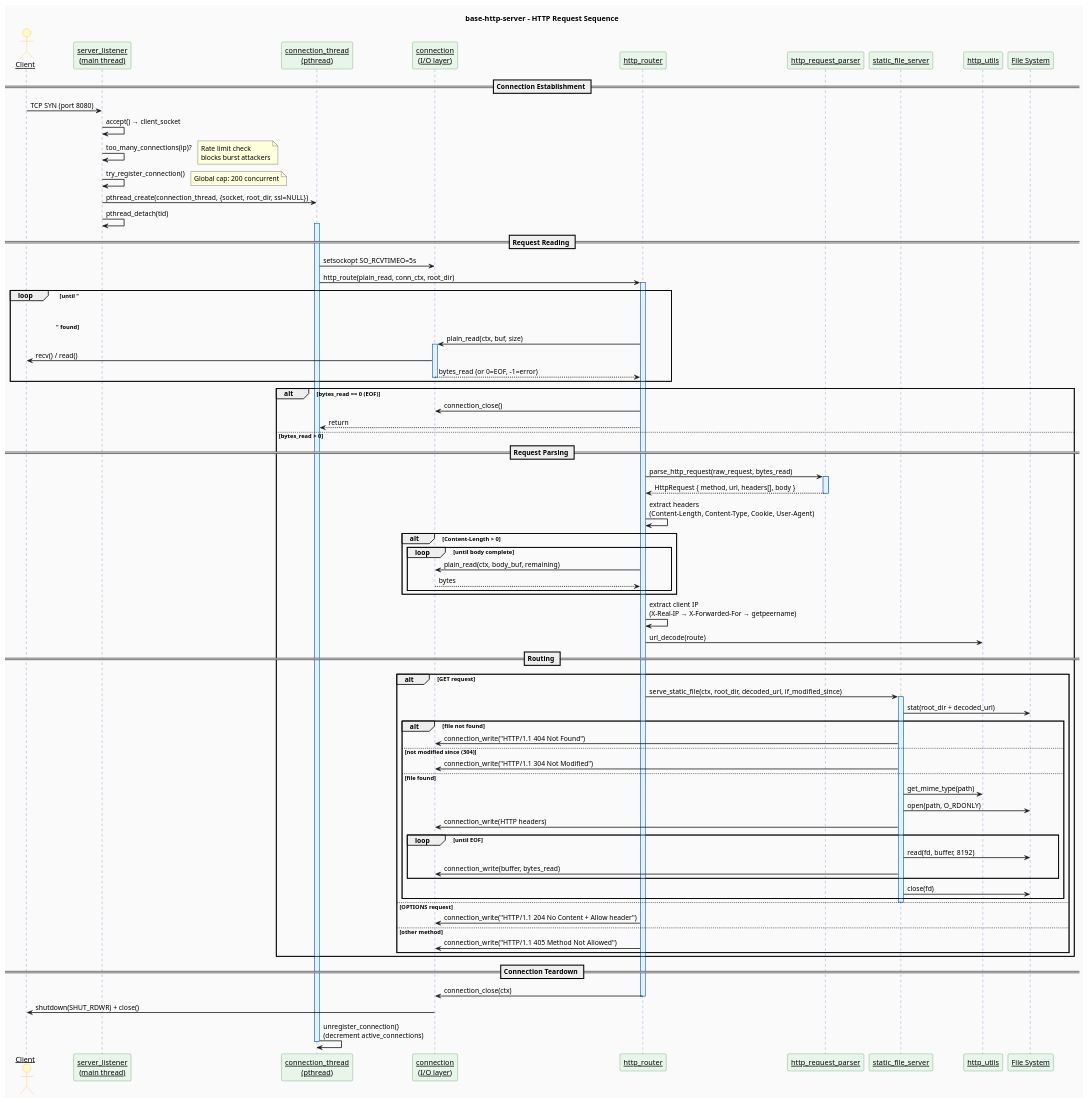
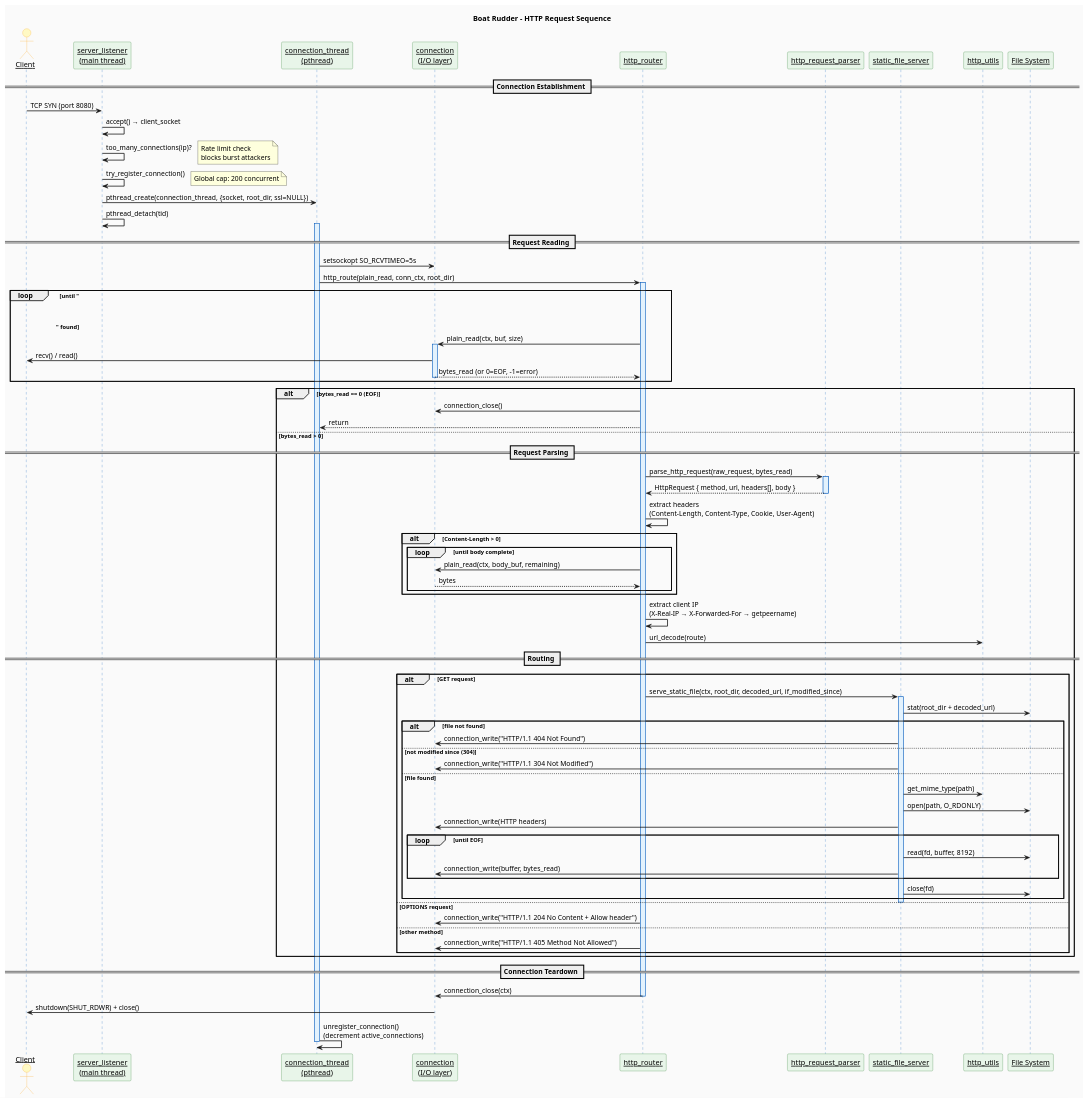
One commit to jpablotoledom/boat-rudder changed the diagram in develop_docs/diagrams/sequence-http.puml. Above: the diagram before and after it, drawn with PlantUML. The commit also changed 109 other files, not shown here.

```diff
--- a/develop_docs/diagrams/sequence-http.puml
+++ b/develop_docs/diagrams/sequence-http.puml
@@ -1,122 +1,122 @@
 @startuml sequence-http
 
-title base-http-server - HTTP Request Sequence
+title Boat Rudder - HTTP Request Sequence
 
 skinparam backgroundColor #FAFAFA
 skinparam sequenceArrowThickness 1.5
 skinparam sequenceParticipant underline
 skinparam sequence {
     LifeLineBackgroundColor #E3F2FD
     LifeLineBorderColor #1565C0
     ActorBackgroundColor #FFF9C4
     ActorBorderColor #F9A825
     ParticipantBackgroundColor #E8F5E9
     ParticipantBorderColor #2E7D32
 }
 
 actor Client
 
 participant "server_listener\n(main thread)" as SS
 participant "connection_thread\n(pthread)" as CT
 participant "connection\n(I/O layer)" as CONN
 participant "http_router" as RH
 participant "http_request_parser" as PARSER
 participant "static_file_server" as SH
 participant "http_utils" as SU
 participant "File System" as FS
 
 == Connection Establishment ==
 
 Client -> SS : TCP SYN (port 8080)
 SS -> SS : accept() → client_socket
 SS -> SS : too_many_connections(ip)?
 note right: Rate limit check\nblocks burst attackers
 SS -> SS : try_register_connection()
 note right: Global cap: 200 concurrent
 SS -> CT : pthread_create(connection_thread, {socket, root_dir, ssl=NULL})
 SS -> SS : pthread_detach(tid)
 
 == Request Reading ==
 
 activate CT
 CT -> CONN : setsockopt SO_RCVTIMEO=5s
 CT -> RH : http_route(plain_read, conn_ctx, root_dir)
 
 activate RH
 loop until "\r\n\r\n" found
     RH -> CONN : plain_read(ctx, buf, size)
     activate CONN
     CONN -> Client : recv() / read()
     CONN --> RH : bytes_read (or 0=EOF, -1=error)
     deactivate CONN
 end
 
 alt bytes_read == 0 (EOF)
     RH -> CONN : connection_close()
     RH --> CT : return
 else bytes_read > 0
 
 == Request Parsing ==
 
     RH -> PARSER : parse_http_request(raw_request, bytes_read)
     activate PARSER
     PARSER --> RH : HttpRequest { method, url, headers[], body }
     deactivate PARSER
 
     RH -> RH : extract headers\n(Content-Length, Content-Type, Cookie, User-Agent)
 
     alt Content-Length > 0
         loop until body complete
             RH -> CONN : plain_read(ctx, body_buf, remaining)
             CONN --> RH : bytes
         end
     end
 
     RH -> RH : extract client IP\n(X-Real-IP → X-Forwarded-For → getpeername)
     RH -> SU : url_decode(route)
 
 == Routing ==
 
     alt GET request
         RH -> SH : serve_static_file(ctx, root_dir, decoded_url, if_modified_since)
 
         activate SH
         SH -> FS : stat(root_dir + decoded_url)
 
         alt file not found
             SH -> CONN : connection_write("HTTP/1.1 404 Not Found")
         else not modified since (304)
             SH -> CONN : connection_write("HTTP/1.1 304 Not Modified")
         else file found
             SH -> SU : get_mime_type(path)
             SH -> FS : open(path, O_RDONLY)
 
             SH -> CONN : connection_write(HTTP headers)
             loop until EOF
                 SH -> FS : read(fd, buffer, 8192)
                 SH -> CONN : connection_write(buffer, bytes_read)
             end
             SH -> FS : close(fd)
         end
         deactivate SH
 
     else OPTIONS request
         RH -> CONN : connection_write("HTTP/1.1 204 No Content + Allow header")
 
     else other method
         RH -> CONN : connection_write("HTTP/1.1 405 Method Not Allowed")
     end
 
 end
 
 == Connection Teardown ==
 
 RH -> CONN : connection_close(ctx)
 deactivate RH
 
 CONN -> Client : shutdown(SHUT_RDWR) + close()
 
 CT -> CT : unregister_connection()\n(decrement active_connections)
 deactivate CT
 
 @enduml
```
